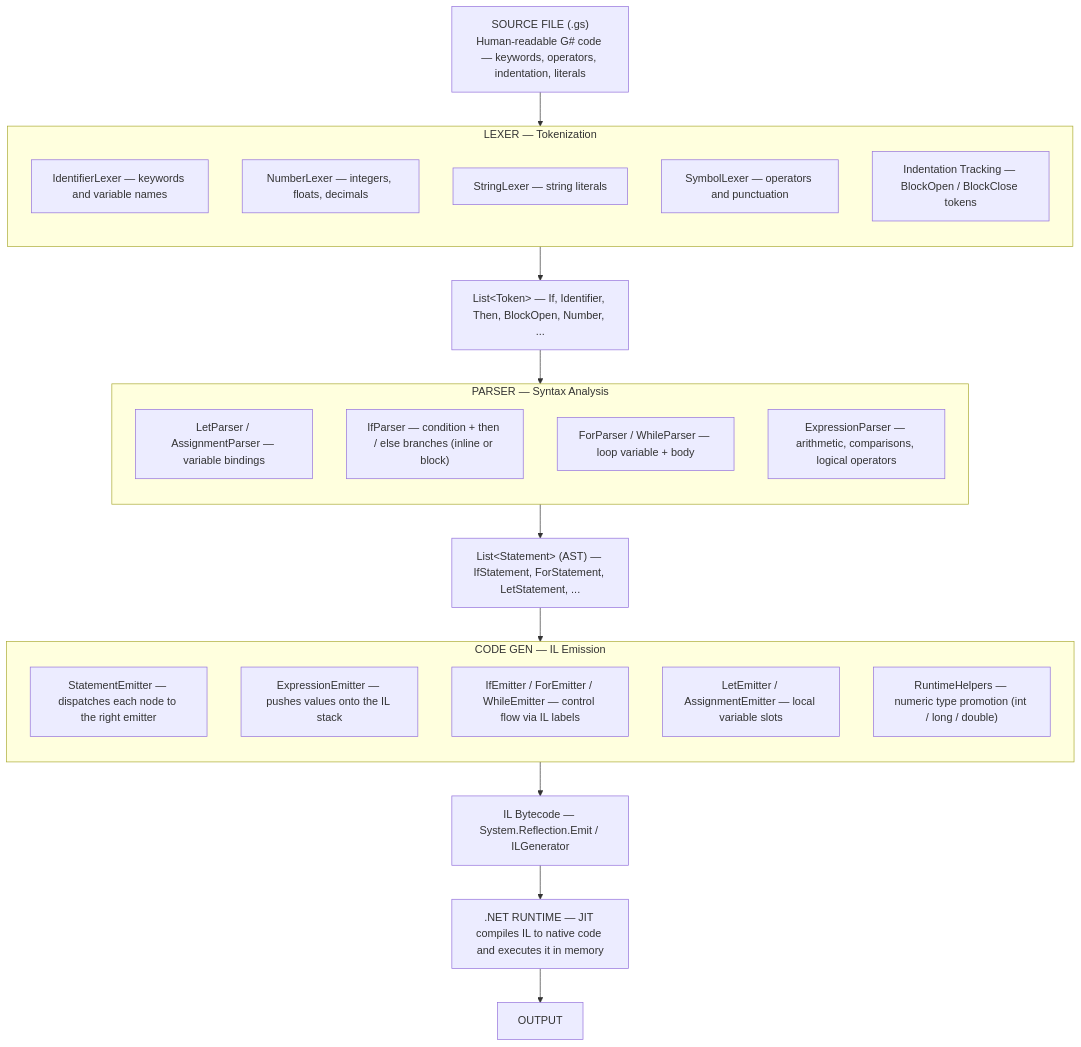
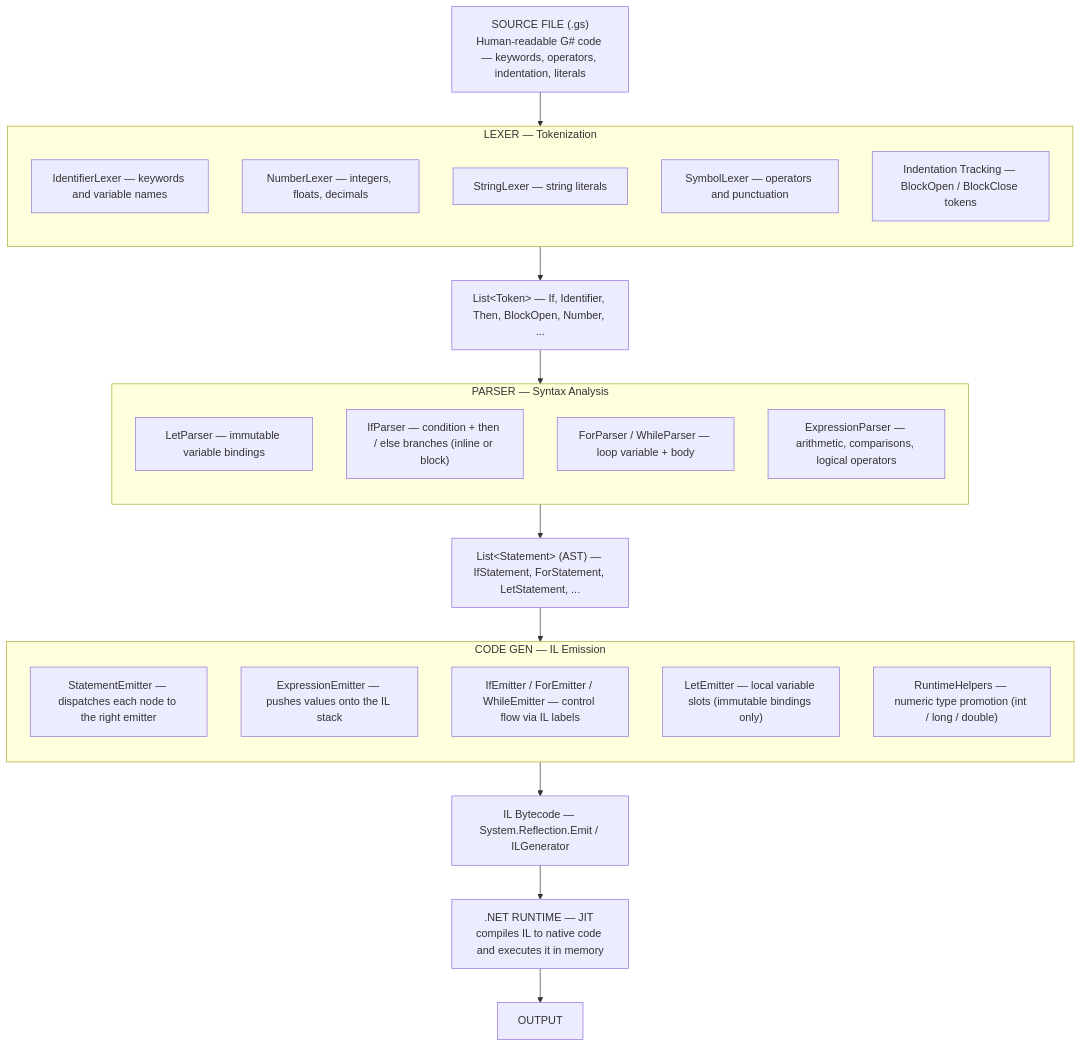
One commit to GregoriBrunoFelicio/G-Sharp changed the diagram in README.md. Above: the diagram before and after it, drawn with Mermaid. The commit also changed other lines of this file and 7 other files, not shown here.

````diff
--- a/README.md
+++ b/README.md
@@ -15,49 +15,49 @@
 ```mermaid
 flowchart TD
     SRC["SOURCE FILE (.gs)\nHuman-readable G# code — keywords, operators, indentation, literals"]
 
     subgraph LEXER["LEXER — Tokenization"]
         direction TB
         L1["IdentifierLexer — keywords and variable names"]
         L2["NumberLexer — integers, floats, decimals"]
         L3["StringLexer — string literals"]
         L4["SymbolLexer — operators and punctuation"]
         L5["Indentation Tracking — BlockOpen / BlockClose tokens"]
     end
 
     T["List&lt;Token&gt; — If, Identifier, Then, BlockOpen, Number, ..."]
 
     subgraph PARSER["PARSER — Syntax Analysis"]
         direction TB
-        P1["LetParser / AssignmentParser — variable bindings"]
+        P1["LetParser — immutable variable bindings"]
         P2["IfParser — condition + then / else branches (inline or block)"]
         P3["ForParser / WhileParser — loop variable + body"]
         P4["ExpressionParser — arithmetic, comparisons, logical operators"]
     end
 
     AST["List&lt;Statement&gt; (AST) — IfStatement, ForStatement, LetStatement, ..."]
 
     subgraph CODEGEN["CODE GEN — IL Emission"]
         direction TB
         C1["StatementEmitter — dispatches each node to the right emitter"]
         C2["ExpressionEmitter — pushes values onto the IL stack"]
         C3["IfEmitter / ForEmitter / WhileEmitter — control flow via IL labels"]
-        C4["LetEmitter / AssignmentEmitter — local variable slots"]
+        C4["LetEmitter — local variable slots (immutable bindings only)"]
         C5["RuntimeHelpers — numeric type promotion (int / long / double)"]
     end
 
     IL["IL Bytecode — System.Reflection.Emit / ILGenerator"]
 
     RT[".NET RUNTIME — JIT compiles IL to native code and executes it in memory"]
 
     OUT["OUTPUT"]
 
     SRC --> LEXER
     LEXER --> T
     T --> PARSER
     PARSER --> AST
     AST --> CODEGEN
     CODEGEN --> IL
     IL --> RT
     RT --> OUT
 ```
````
